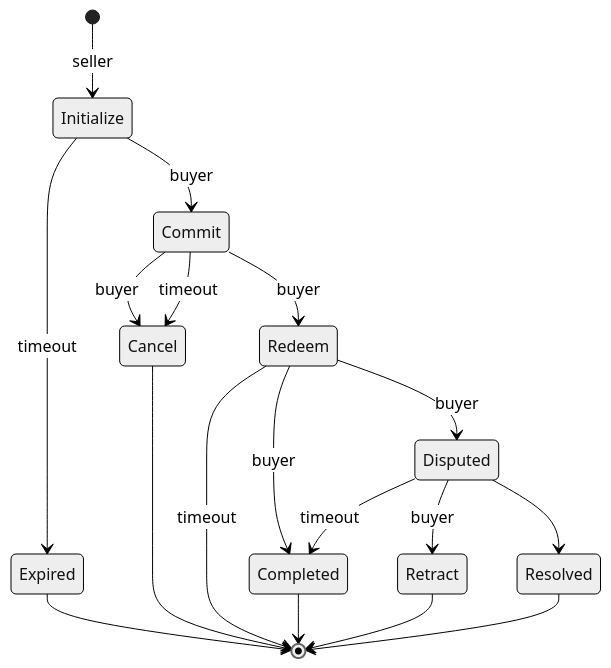
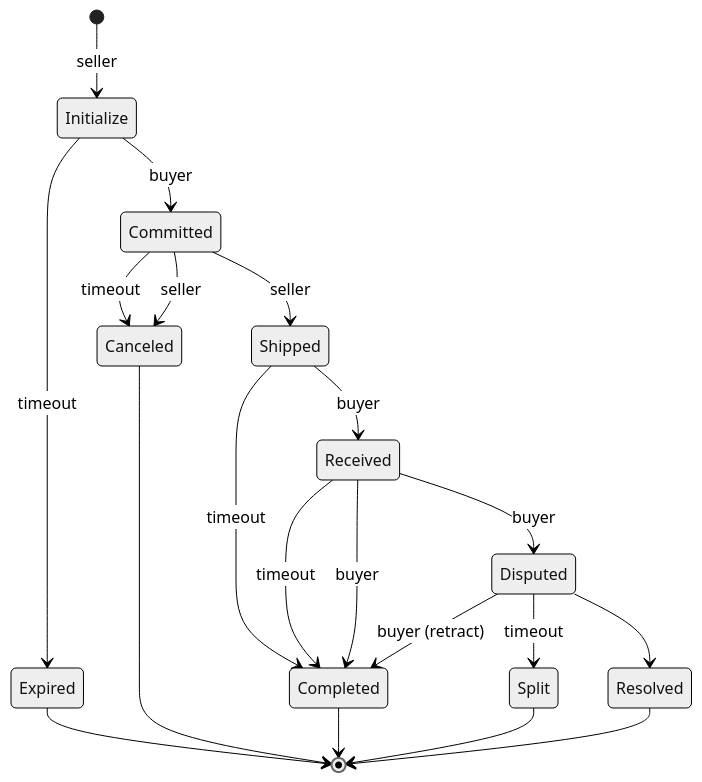
Before and after one commit to synbionet/fair-exchange: the first of 3 diagrams in README.md, drawn with Mermaid (neutral theme). The commit also changed other lines of this file, not shown here.

````diff
--- a/README.md
+++ b/README.md
@@ -42,21 +28,28 @@
 ```mermaid
 stateDiagram-v2
 [*] --> Initialize: seller
 Initialize --> Expired: timeout
+Initialize --> Committed: buyer
+
+Committed --> Canceled: timeout
+Committed --> Canceled: seller
+Committed --> Shipped: seller
+
+Shipped --> Completed: timeout
+Shipped --> Received: buyer
+
+Received --> Completed: timeout
+Received --> Completed: buyer
+Received --> Disputed: buyer
+
+Disputed --> Completed: buyer (retract)
+Disputed --> Split: timeout
+Disputed --> Resolved
+
+
 Expired --> [*]
-Initialize --> Commit: buyer
-Commit --> Cancel: buyer
-Commit --> Cancel: timeout
-Cancel --> [*]
-Commit --> Redeem: buyer
-Redeem --> [*]: timeout
-Redeem --> Completed: buyer
+Canceled --> [*]
 Completed --> [*]
-Redeem --> Disputed: buyer
-Disputed --> Retract: buyer
-Disputed --> Completed: timeout
-Retract --> [*]
-Disputed --> Resolved
+Split --> [*]
 Resolved --> [*]
-
 ```
````
